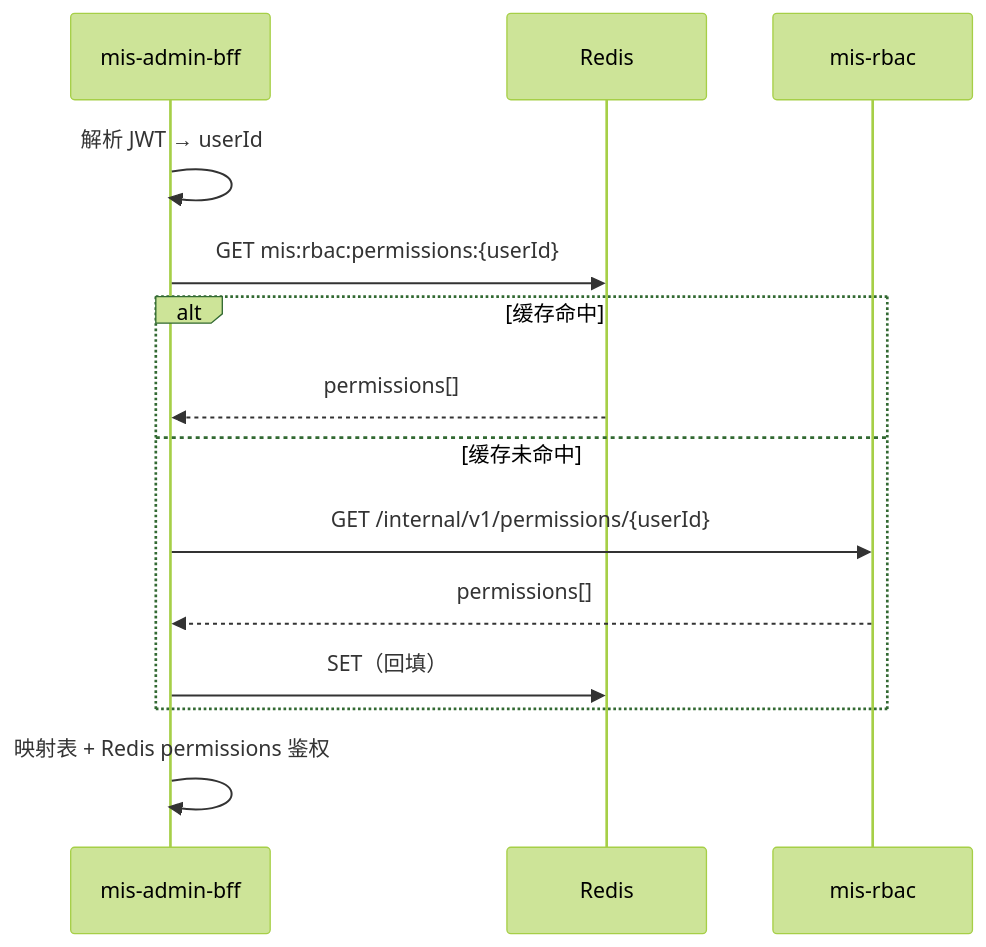
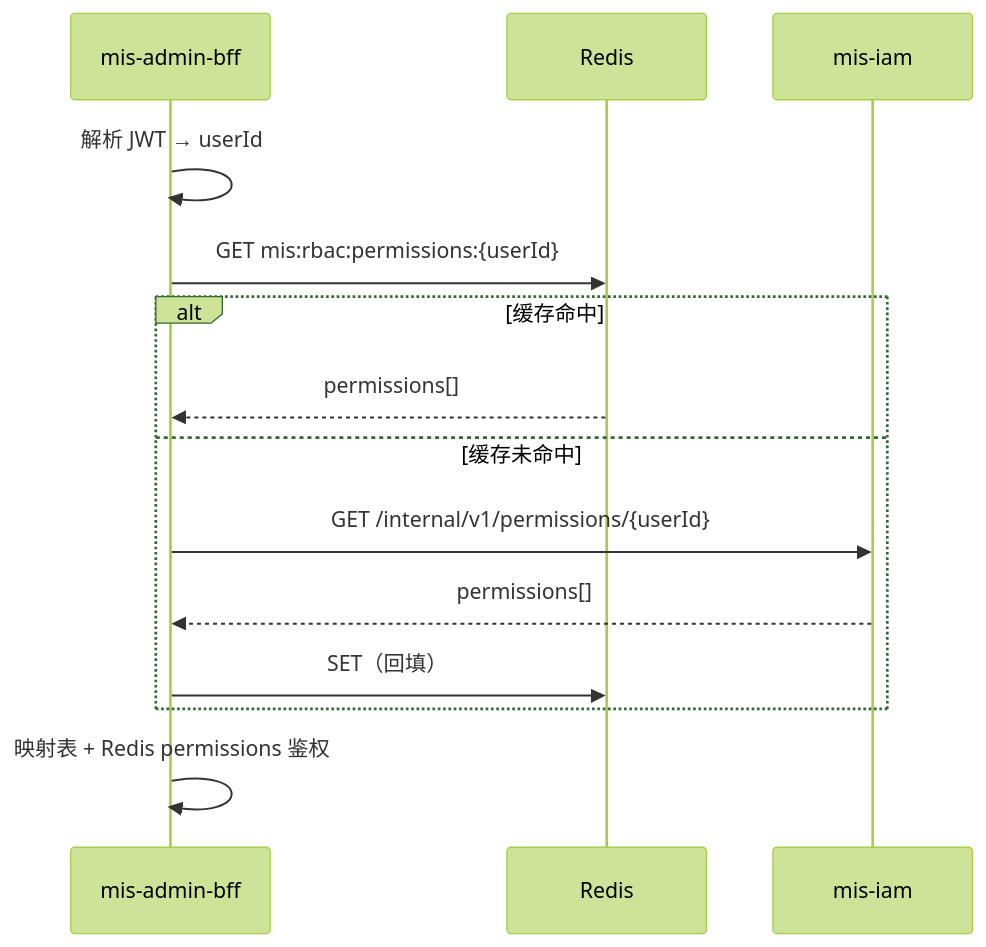
Before and after one commit to 13961588612/mis-platform: the second of 2 diagrams in docs/adr/ADR-009-permissions-in-redis-not-jwt.md, drawn with Mermaid (forest theme). The commit also changed other lines of this file and 30 other files, not shown here.

Commit message:
模块整理 mis-org+mis-user->mis-org mis-rabs->mis-iam  mis-api->mis-system

````diff
--- a/docs/adr/ADR-009-permissions-in-redis-not-jwt.md
+++ b/docs/adr/ADR-009-permissions-in-redis-not-jwt.md
@@ -64,17 +64,17 @@
 ```mermaid
 sequenceDiagram
     participant BFF as mis-admin-bff
     participant Redis as Redis
-    participant RBAC as mis-rbac
+    participant IAM as mis-iam
 
     BFF->>BFF: 解析 JWT → userId
     BFF->>Redis: GET mis:rbac:permissions:{userId}
     alt 缓存命中
         Redis-->>BFF: permissions[]
     else 缓存未命中
-        BFF->>RBAC: GET /internal/v1/permissions/{userId}
-        RBAC-->>BFF: permissions[]
+        BFF->>IAM: GET /internal/v1/permissions/{userId}
+        IAM-->>BFF: permissions[]
         BFF->>Redis: SET（回填）
     end
     BFF->>BFF: 映射表 + Redis permissions 鉴权
 ```
````
